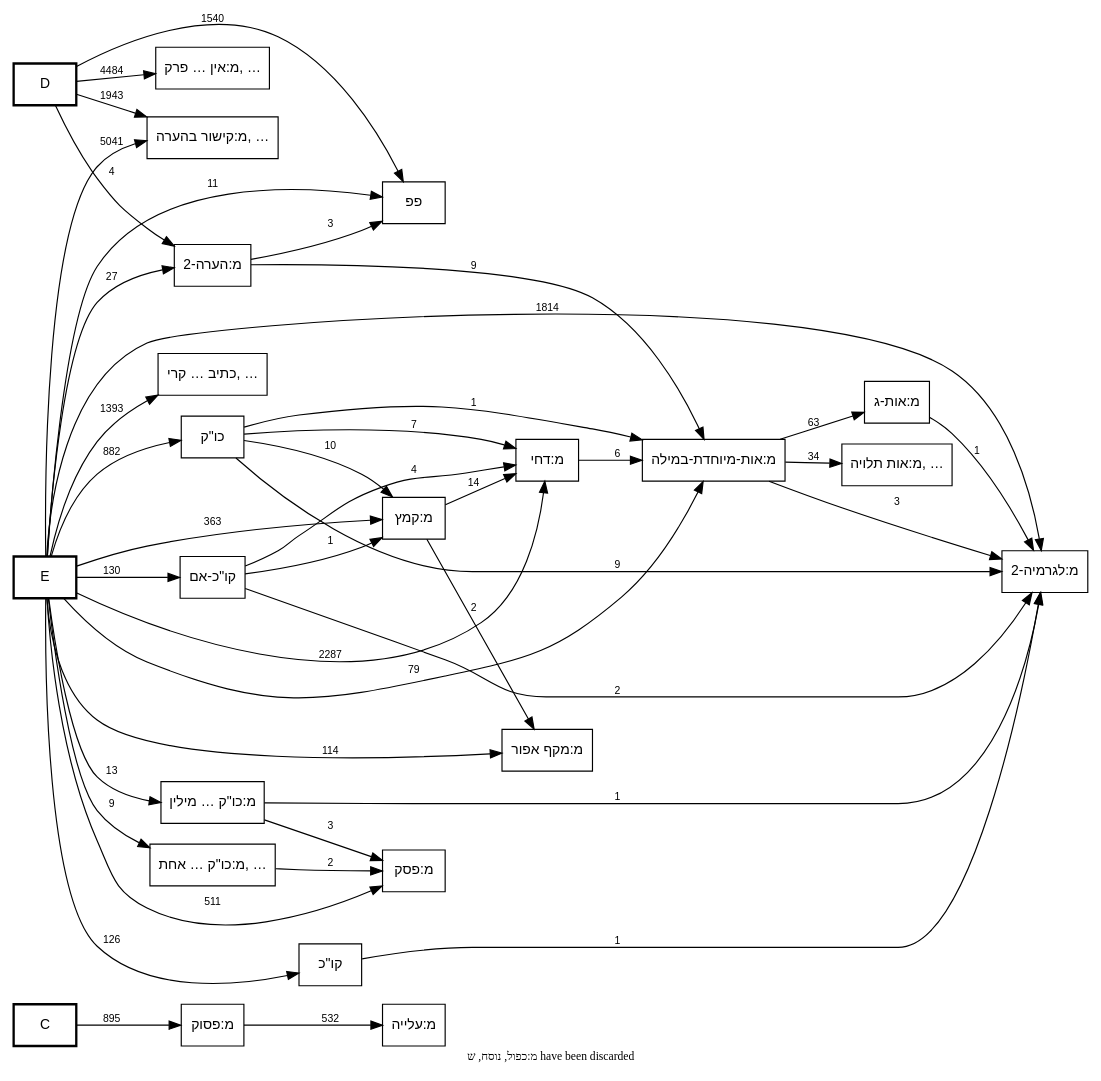
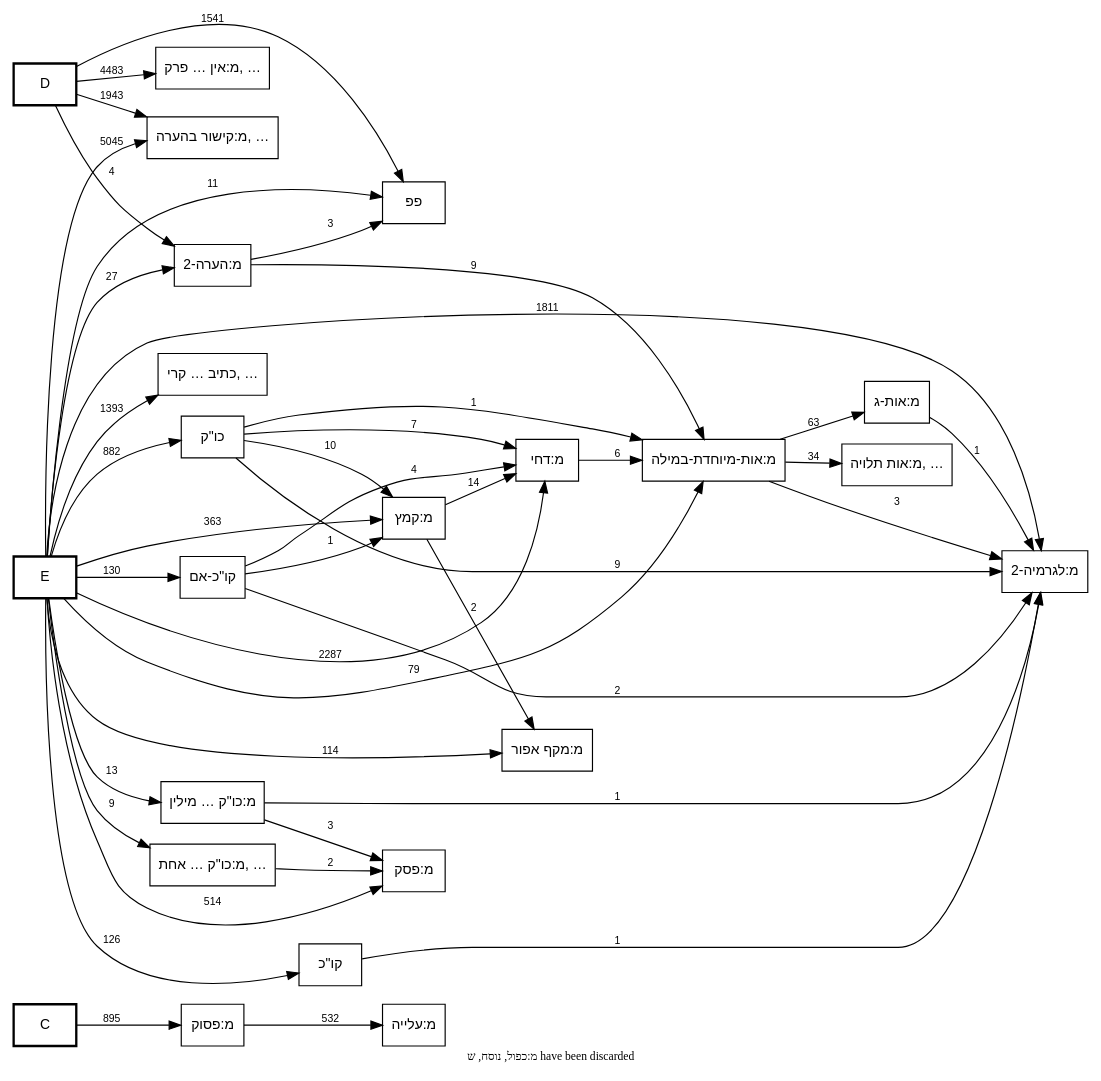
One commit to bdenckla/MAM-basics changed the diagram in out/MAM-tmpl-survey/plus-call-graph.dot. Above: the diagram before and after it, drawn with Graphviz. The commit also changed 12 other files, not shown here.

```diff
--- a/out/MAM-tmpl-survey/plus-call-graph.dot
+++ b/out/MAM-tmpl-survey/plus-call-graph.dot
@@ -1,93 +1,93 @@
 digraph template_call_graph {
     rankdir=LR;
     node [fontname="SBL Hebrew,Helvetica", fontsize=12];
     edge [fontname="Helvetica", fontsize=9];
 
     // Column nodes
     node [shape=box, style=bold];
     "C";
     "D";
     "E";
 
     // Template nodes
     node [shape=box, style=""];
     "כתיב ולא קרי" [label="כתיב … קרי, …", tooltip="כתיב ולא קרי
 מ:כו\"ק בין שני מקפים
 מ:כו\"ק כתיב מילה חדה וקרי תרתין מילין בין שני מקפים
 מ:כו\"ק כתיב תרתין מילין וקרי מילה חדה
 מ:כו\"ק קרי שונה מהכתיב בשתי מילים
 מ:כו\"ק של שלוש מילים בהערה אחת
 מ:נו\"ן הפוכה
 מ:צינור
 מ:קו\"כ קרי שונה מהכתיב בשתי מילים
 מ:קישור פנימי בהערה
 מודגש
 קרי ולא כתיב
 ר0
 ר2
 ר3"];
     "מ:אות תלויה" [label="מ:אות תלויה, …", tooltip="מ:אות תלויה
 מ:אות-ק"];
     "מ:אין פרשה בתחילת פרק" [label="מ:אין … פרק, …", tooltip="מ:אין פרשה בתחילת פרק
 מ:אין פרשה בתחילת פרק בספרי אמ\"ת
 מ:אין רווח של פרשה בתחילת פרשת השבוע
 מ:ספר חדש
 מ:רווח בתרי עשר בפסוק הראשון
 מ:רווח לספר בתהלים בפסוק הראשון
 ר4"];
     "מ:כו\"ק כתיב מילה חדה וקרי תרתין מילין" [label="מ:כו\"ק … מילין", tooltip="מ:כו\"ק כתיב מילה חדה וקרי תרתין מילין"];
     "מ:כו\"ק של שתי מילים בהערה אחת" [label="מ:כו\"ק … אחת, …", tooltip="מ:כו\"ק של שתי מילים בהערה אחת
 מ:קו\"כ כתיב מילה חדה וקרי תרתין מילין"];
     "מ:קישור בהערה" [label="מ:קישור בהערה, …", tooltip="מ:קישור בהערה
 מ:ששש
 סס
 ססס
 פפפ
 ר1"];
 
     // Note
     graph [label="מ:כפול, נוסח, ש have been discarded", labelloc=b, fontsize=10];
 
     // Edges
     "C" -> "מ:פסוק" [label="895"];
-    "D" -> "מ:אין פרשה בתחילת פרק" [label="4484"];
+    "D" -> "מ:אין פרשה בתחילת פרק" [label="4483"];
     "D" -> "מ:הערה-2" [label="4"];
     "D" -> "מ:קישור בהערה" [label="1943"];
-    "D" -> "פפ" [label="1540"];
+    "D" -> "פפ" [label="1541"];
     "E" -> "כו\"ק" [label="882"];
     "E" -> "כתיב ולא קרי" [label="1393"];
     "E" -> "מ:אות-מיוחדת-במילה" [label="79"];
     "E" -> "מ:דחי" [label="2287"];
     "E" -> "מ:הערה-2" [label="27"];
     "E" -> "מ:כו\"ק כתיב מילה חדה וקרי תרתין מילין" [label="13"];
     "E" -> "מ:כו\"ק של שתי מילים בהערה אחת" [label="9"];
-    "E" -> "מ:לגרמיה-2" [label="1814"];
+    "E" -> "מ:לגרמיה-2" [label="1811"];
     "E" -> "מ:מקף אפור" [label="114"];
-    "E" -> "מ:פסק" [label="511"];
-    "E" -> "מ:קישור בהערה" [label="5041"];
+    "E" -> "מ:פסק" [label="514"];
+    "E" -> "מ:קישור בהערה" [label="5045"];
     "E" -> "מ:קמץ" [label="363"];
     "E" -> "פפ" [label="11"];
     "E" -> "קו\"כ" [label="126"];
     "E" -> "קו\"כ-אם" [label="130"];
     "כו\"ק" -> "מ:אות-מיוחדת-במילה" [label="1"];
     "כו\"ק" -> "מ:דחי" [label="7"];
     "כו\"ק" -> "מ:לגרמיה-2" [label="9"];
     "כו\"ק" -> "מ:קמץ" [label="10"];
     "מ:אות-ג" -> "מ:לגרמיה-2" [label="1"];
     "מ:אות-מיוחדת-במילה" -> "מ:אות תלויה" [label="34"];
     "מ:אות-מיוחדת-במילה" -> "מ:אות-ג" [label="63"];
     "מ:אות-מיוחדת-במילה" -> "מ:לגרמיה-2" [label="3"];
     "מ:דחי" -> "מ:אות-מיוחדת-במילה" [label="6"];
     "מ:הערה-2" -> "מ:אות-מיוחדת-במילה" [label="9"];
     "מ:הערה-2" -> "פפ" [label="3"];
     "מ:כו\"ק כתיב מילה חדה וקרי תרתין מילין" -> "מ:לגרמיה-2" [label="1"];
     "מ:כו\"ק כתיב מילה חדה וקרי תרתין מילין" -> "מ:פסק" [label="3"];
     "מ:כו\"ק של שתי מילים בהערה אחת" -> "מ:פסק" [label="2"];
     "מ:פסוק" -> "מ:עלייה" [label="532"];
     "מ:קמץ" -> "מ:דחי" [label="14"];
     "מ:קמץ" -> "מ:מקף אפור" [label="2"];
     "קו\"כ" -> "מ:לגרמיה-2" [label="1"];
     "קו\"כ-אם" -> "מ:דחי" [label="4"];
     "קו\"כ-אם" -> "מ:לגרמיה-2" [label="2"];
     "קו\"כ-אם" -> "מ:קמץ" [label="1"];
 }
```
